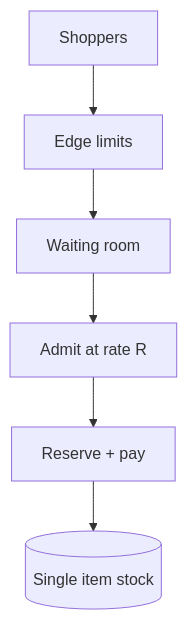
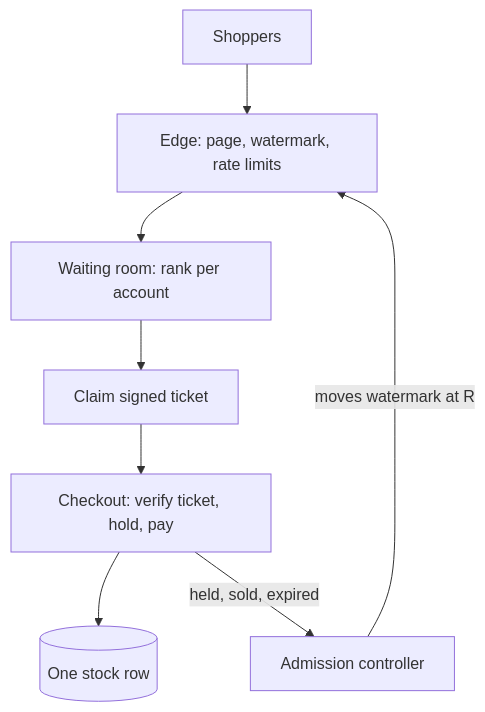
Before and after one commit to arunveersingh/faang-system-design-90-days: the diagram in days/70-flash-sale.md, drawn with Mermaid. The commit also changed other lines of this file and 7 other files, not shown here.

````diff
--- a/days/70-flash-sale.md
+++ b/days/70-flash-sale.md
@@ -101,8 +146,10 @@
 ```mermaid
 flowchart TB
-  crowd[Shoppers] --> edge[Edge limits]
-  edge --> room[Waiting room]
-  room --> tickets[Admit at rate R]
-  tickets --> checkout[Reserve + pay]
-  checkout --> inv[(Single item stock)]
+  crowd[Shoppers] --> edge[Edge: page, watermark, rate limits]
+  edge --> room[Waiting room: rank per account]
+  ctrl[Admission controller] -->|moves watermark at R| edge
+  room --> claim[Claim signed ticket]
+  claim --> checkout[Checkout: verify ticket, hold, pay]
+  checkout --> stock[(One stock row)]
+  checkout -->|held, sold, expired| ctrl
 ```
````
